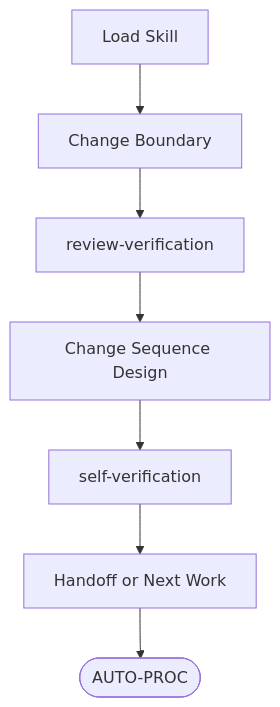
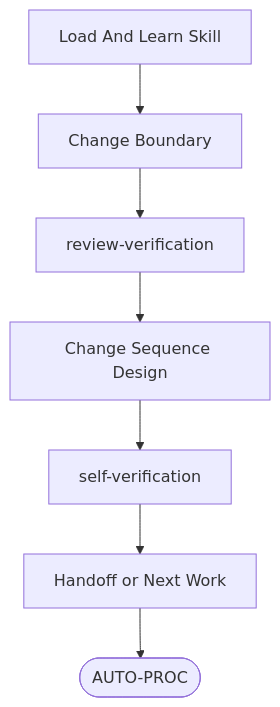
One commit to Daeil0209/agent_team changed the diagram in .claude/skills/governance-modification/SKILL.md. Above: the diagram before and after it, drawn with Mermaid. The commit also changed other lines of this file and 114 other files, not shown here.

````diff
--- a/.claude/skills/governance-modification/SKILL.md
+++ b/.claude/skills/governance-modification/SKILL.md
@@ -15,4 +15,4 @@
 ```mermaid
 flowchart TD
-    Step1[Load Skill] --> Step2[Change Boundary] --> Step3[review-verification] --> Step4[Change Sequence Design] --> Step5[self-verification] --> Step6[Handoff or Next Work] --> END([AUTO-PROC])
+    Step1[Load And Learn Skill] --> Step2[Change Boundary] --> Step3[review-verification] --> Step4[Change Sequence Design] --> Step5[self-verification] --> Step6[Handoff or Next Work] --> END([AUTO-PROC])
 ```
````
